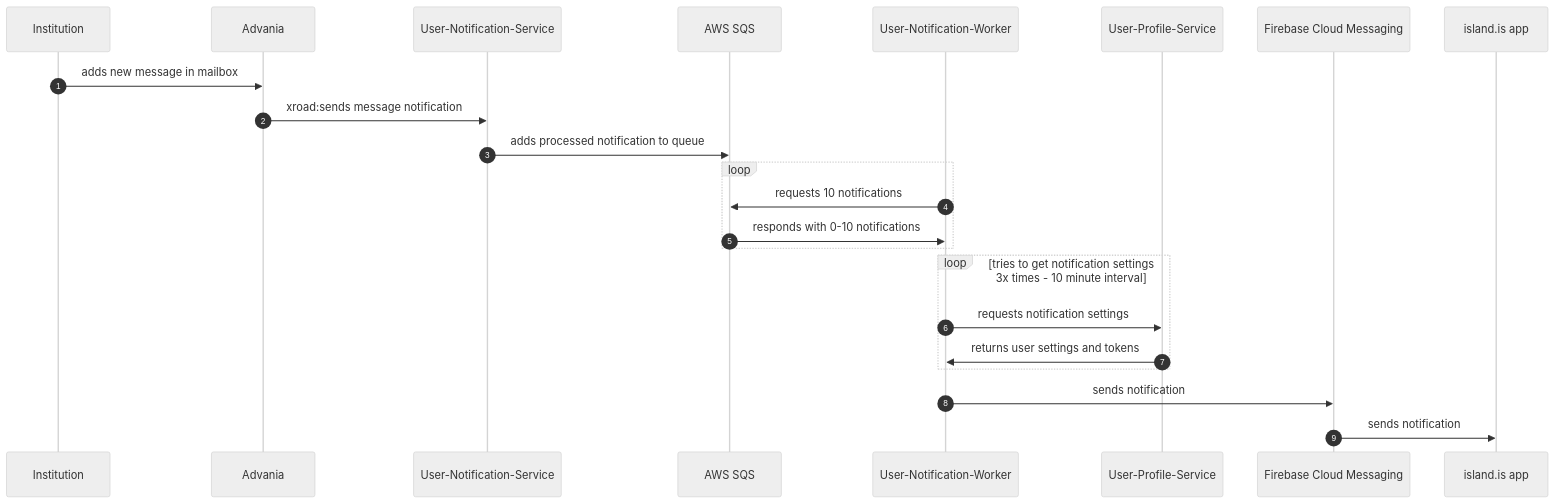
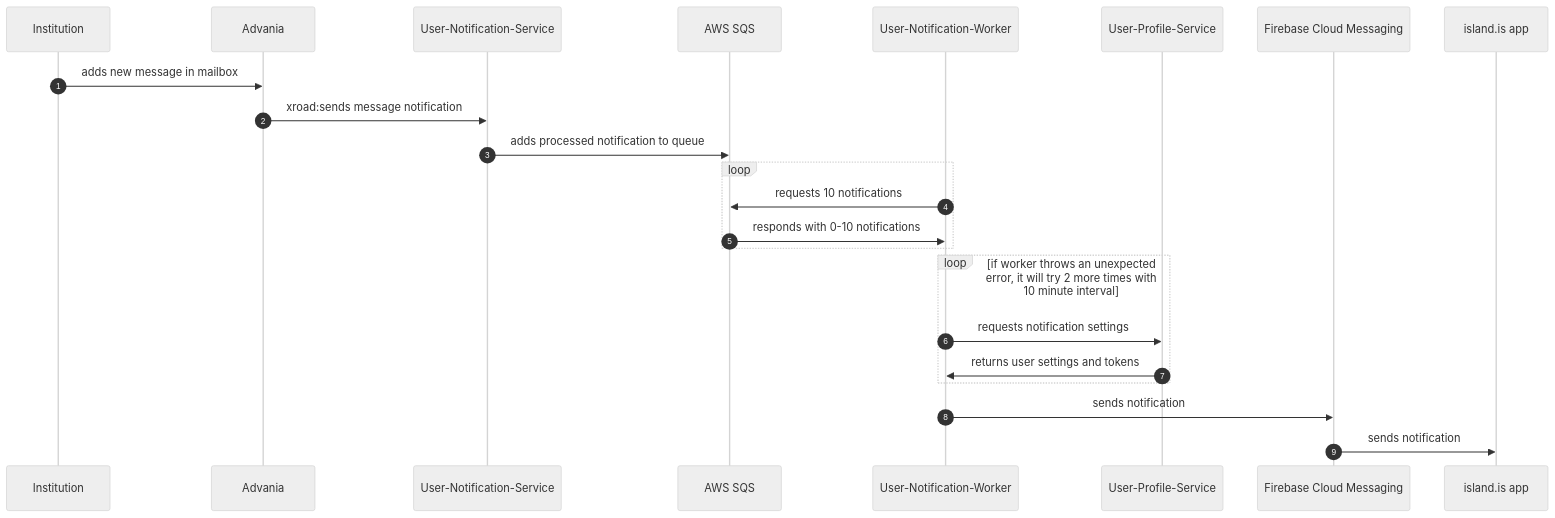
The diagram in apps/services/user-notification/README.md (island-is/island.is), drawn with Mermaid (neutral theme) before and after one commit. The commit also changed 1 other file, not shown here.

Commit message:
improved diagram

````diff
--- a/apps/services/user-notification/README.md
+++ b/apps/services/user-notification/README.md
@@ -3,17 +3,17 @@
 ```mermaid
 sequenceDiagram
     autonumber
     Institution->>Advania:adds new message in mailbox
     Advania->>User-Notification-Service:xroad:sends message notification
     User-Notification-Service->>AWS SQS:adds processed notification to queue
     loop
     User-Notification-Worker->>AWS SQS:requests 10 notifications
     AWS SQS->>User-Notification-Worker:responds with 0-10 notifications
     end
-    loop tries to get notification settings 3x times - 10 minute interval
+    loop if worker throws an unexpected error, it will try 2 more times with 10 minute interval
     User-Notification-Worker->>User-Profile-Service:requests notification settings
     User-Profile-Service->>User-Notification-Worker:returns user settings and tokens
     end
     User-Notification-Worker->>Firebase Cloud Messaging: sends notification
     Firebase Cloud Messaging->>island.is app:sends notification
 ```
````
